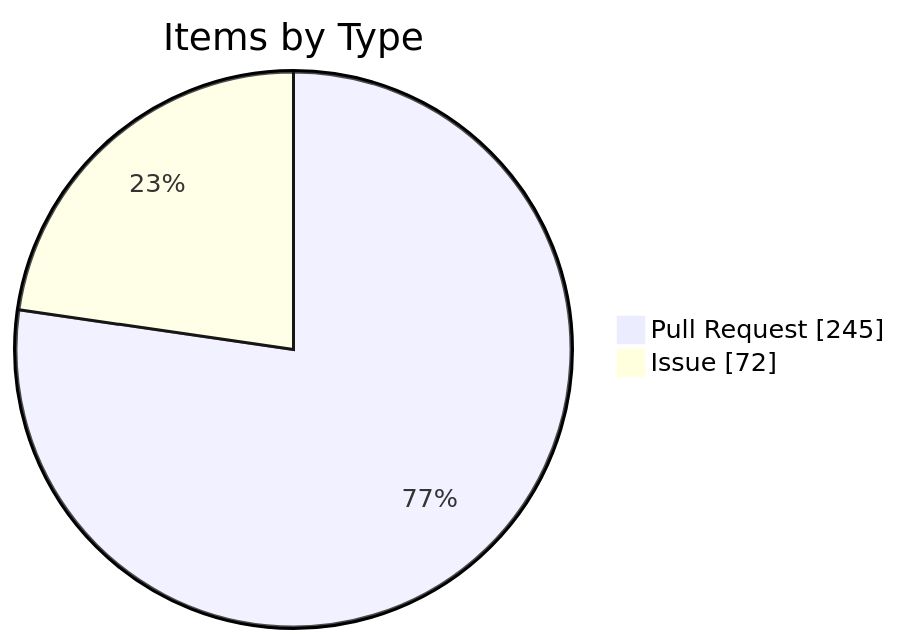
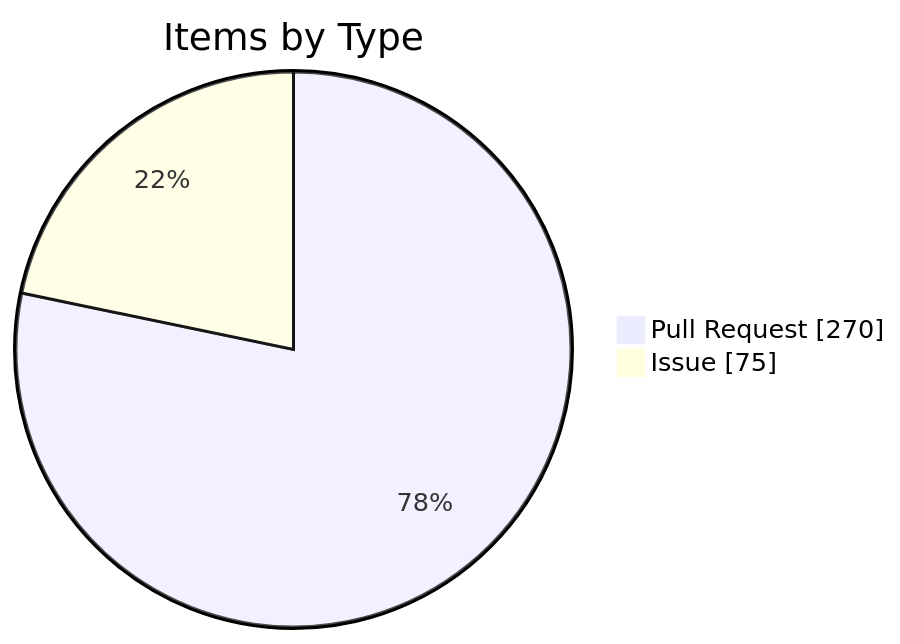
One commit to KBVE/kbve changed the fourth of 4 diagrams in apps/kbve/astro-kbve/src/content/docs/dashboard/kanban-data.mdx. Above: the diagram before and after it, drawn with Mermaid. The commit also changed other lines of this file and 8 other files, not shown here.

````diff
--- a/apps/kbve/astro-kbve/src/content/docs/dashboard/kanban-data.mdx
+++ b/apps/kbve/astro-kbve/src/content/docs/dashboard/kanban-data.mdx
@@ -116,6 +116,6 @@
 ```mermaid
 pie showData
     title Items by Type
-    "Pull Request" : 245
-    "Issue" : 72
+    "Pull Request" : 270
+    "Issue" : 75
 ```
````
